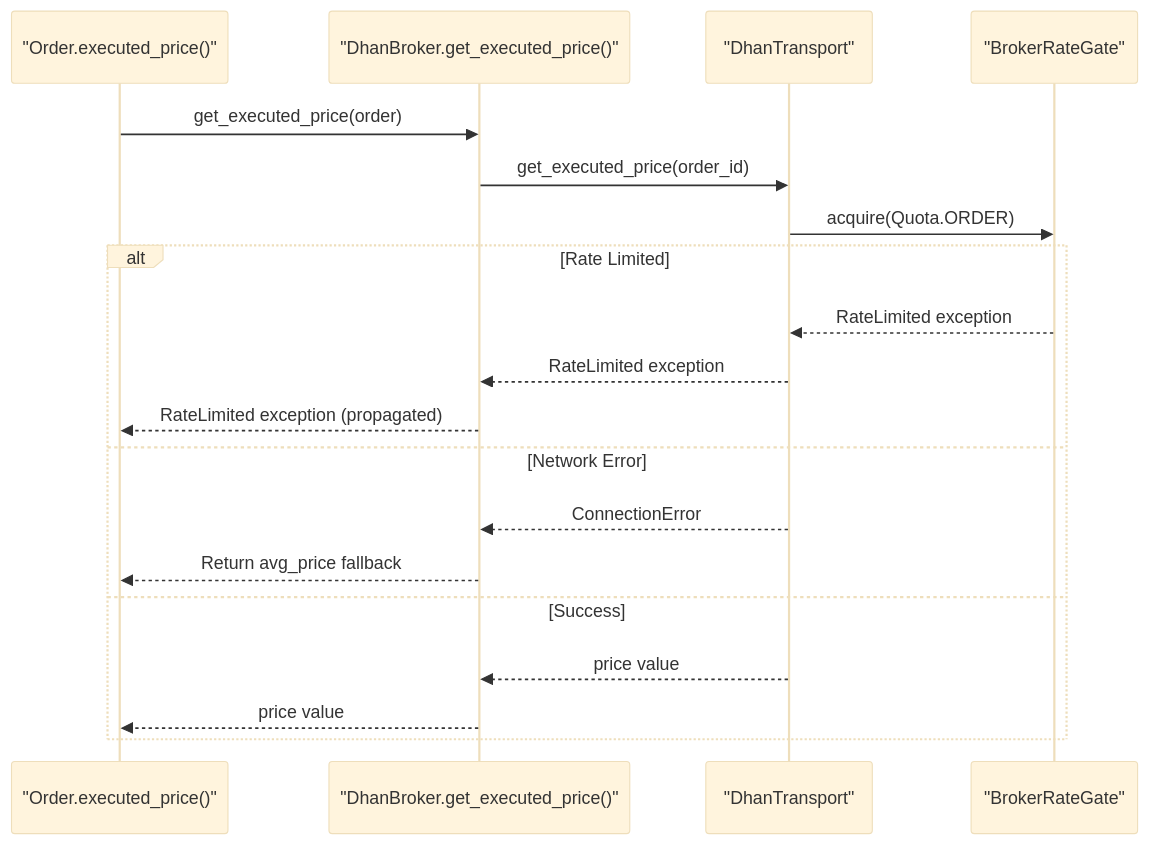
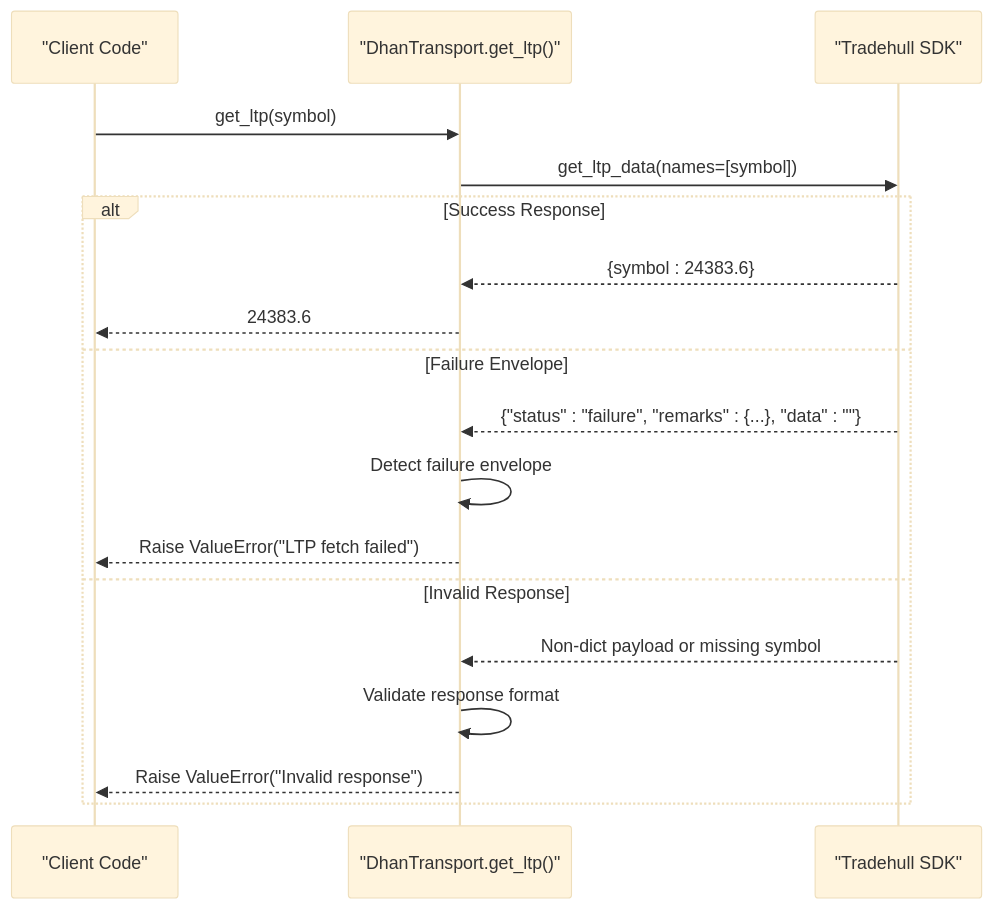
Before and after one commit to Ganesh-Kusundal/nTrade: diagram 14 of 18 in .qoder/repowiki/en/content/Examples & Tutorials/Testing & Integration Examples/Testing & Integration Examples.md, drawn with Mermaid (base theme). The commit also changed other lines of this file and 2201 other files, not shown here.

Commit message:
Integrate completeness: live runner hardening, broker adapter layers, rate-limiting infrastructure, data pipeline (parquet OHLCV + ingestion scripts), contract testing framework, options analytics, and updated architecture/knowledge docs

````diff
--- a/.qoder/repowiki/en/content/Examples & Tutorials/Testing & Integration Examples/Testing & Integration Examples.md
+++ b/.qoder/repowiki/en/content/Examples & Tutorials/Testing & Integration Examples/Testing & Integration Examples.md
@@ -468,21 +517,20 @@
 ```mermaid
 sequenceDiagram
-participant Order as "Order.executed_price()"
-participant Broker as "DhanBroker.get_executed_price()"
-participant Transport as "DhanTransport"
-participant Gate as "BrokerRateGate"
-Order->>Broker : get_executed_price(order)
-Broker->>Transport : get_executed_price(order_id)
-Transport->>Gate : acquire(Quota.ORDER)
-alt Rate Limited
-Gate-->>Transport : RateLimited exception
-Transport-->>Broker : RateLimited exception
-Broker-->>Order : RateLimited exception (propagated)
-else Network Error
-Transport-->>Broker : ConnectionError
-Broker-->>Order : Return avg_price fallback
-else Success
-Transport-->>Broker : price value
-Broker-->>Order : price value
+participant Client as "Client Code"
+participant Transport as "DhanTransport.get_ltp()"
+participant TSL as "Tradehull SDK"
+Client->>Transport : get_ltp(symbol)
+Transport->>TSL : get_ltp_data(names=[symbol])
+alt Success Response
+TSL-->>Transport : {symbol : 24383.6}
+Transport-->>Client : 24383.6
+else Failure Envelope
+TSL-->>Transport : {"status" : "failure", "remarks" : {...}, "data" : ""}
+Transport->>Transport : Detect failure envelope
+Transport-->>Client : Raise ValueError("LTP fetch failed")
+else Invalid Response
+TSL-->>Transport : Non-dict payload or missing symbol
+Transport->>Transport : Validate response format
+Transport-->>Client : Raise ValueError("Invalid response")
 end
 ```
````
